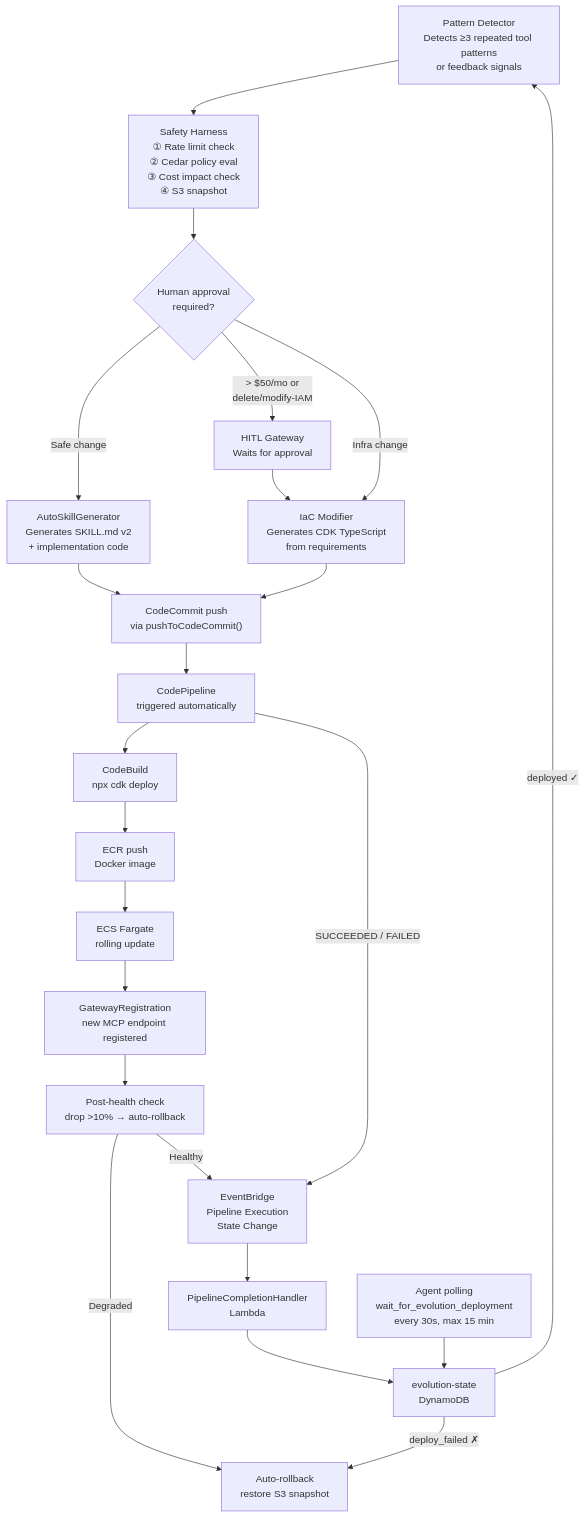
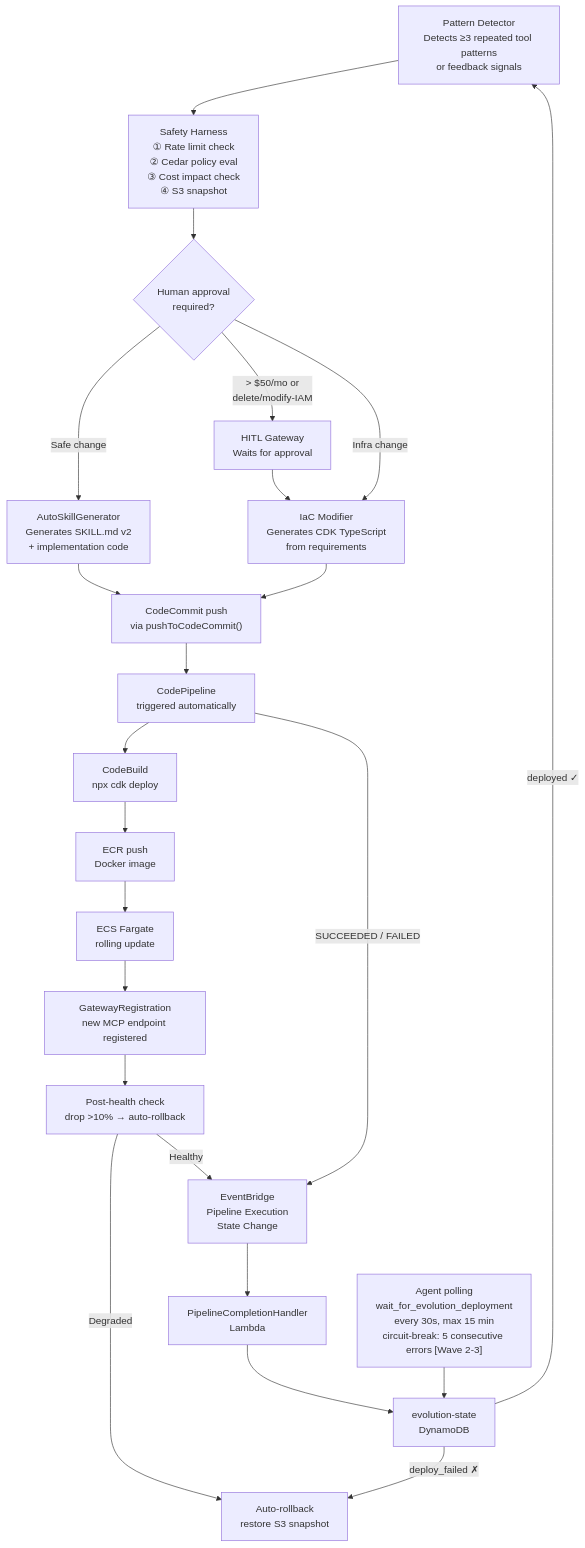
One commit to Codeseys-Labs/chimera changed the fifth of 10 diagrams in docs/architecture/system-architecture.md. Above: the diagram before and after it, drawn with Mermaid. The commit also changed other lines of this file and 46 other files, not shown here.

````diff
--- a/docs/architecture/system-architecture.md
+++ b/docs/architecture/system-architecture.md
@@ -195,43 +211,43 @@
 ```mermaid
 flowchart TD
     DETECT["Pattern Detector<br/>Detects ≥3 repeated tool patterns<br/>or feedback signals"]
     HARNESS["Safety Harness<br/>① Rate limit check<br/>② Cedar policy eval<br/>③ Cost impact check<br/>④ S3 snapshot"]
     HUMAN{"Human approval<br/>required?"}
     HITL["HITL Gateway<br/>Waits for approval"]
     AUTOSKILL["AutoSkillGenerator<br/>Generates SKILL.md v2<br/>+ implementation code"]
     IACMOD["IaC Modifier<br/>Generates CDK TypeScript<br/>from requirements"]
     COMMIT["CodeCommit push<br/>via pushToCodeCommit()"]
     PIPELINE["CodePipeline<br/>triggered automatically"]
     BUILD["CodeBuild<br/>npx cdk deploy"]
     ECR["ECR push<br/>Docker image"]
     ECS["ECS Fargate<br/>rolling update"]
     REGISTER["GatewayRegistration<br/>new MCP endpoint registered"]
     MONITOR["Post-health check<br/>drop &gt;10% → auto-rollback"]
     EB["EventBridge<br/>Pipeline Execution<br/>State Change"]
     LAMBDA["PipelineCompletionHandler<br/>Lambda"]
     DDB_STATE["evolution-state<br/>DynamoDB"]
-    POLL["Agent polling<br/>wait_for_evolution_deployment<br/>every 30s, max 15 min"]
+    POLL["Agent polling<br/>wait_for_evolution_deployment<br/>every 30s, max 15 min<br/>circuit-break: 5 consecutive errors [Wave 2-3]"]
 
     DETECT --> HARNESS
     HARNESS --> HUMAN
     HUMAN -- "&gt; $50/mo or<br/>delete/modify-IAM" --> HITL
     HITL --> IACMOD
     HUMAN -- "Safe change" --> AUTOSKILL
     HUMAN -- "Infra change" --> IACMOD
     AUTOSKILL --> COMMIT
     IACMOD --> COMMIT
     COMMIT --> PIPELINE
     PIPELINE --> BUILD
     BUILD --> ECR
     ECR --> ECS
     ECS --> REGISTER
     REGISTER --> MONITOR
     MONITOR -- "Healthy" --> EB
     MONITOR -- "Degraded" --> ROLLBACK["Auto-rollback<br/>restore S3 snapshot"]
     PIPELINE -- "SUCCEEDED / FAILED" --> EB
     EB --> LAMBDA
     LAMBDA --> DDB_STATE
     POLL --> DDB_STATE
     DDB_STATE -- "deployed ✓" --> DETECT
     DDB_STATE -- "deploy_failed ✗" --> ROLLBACK
 ```
````
